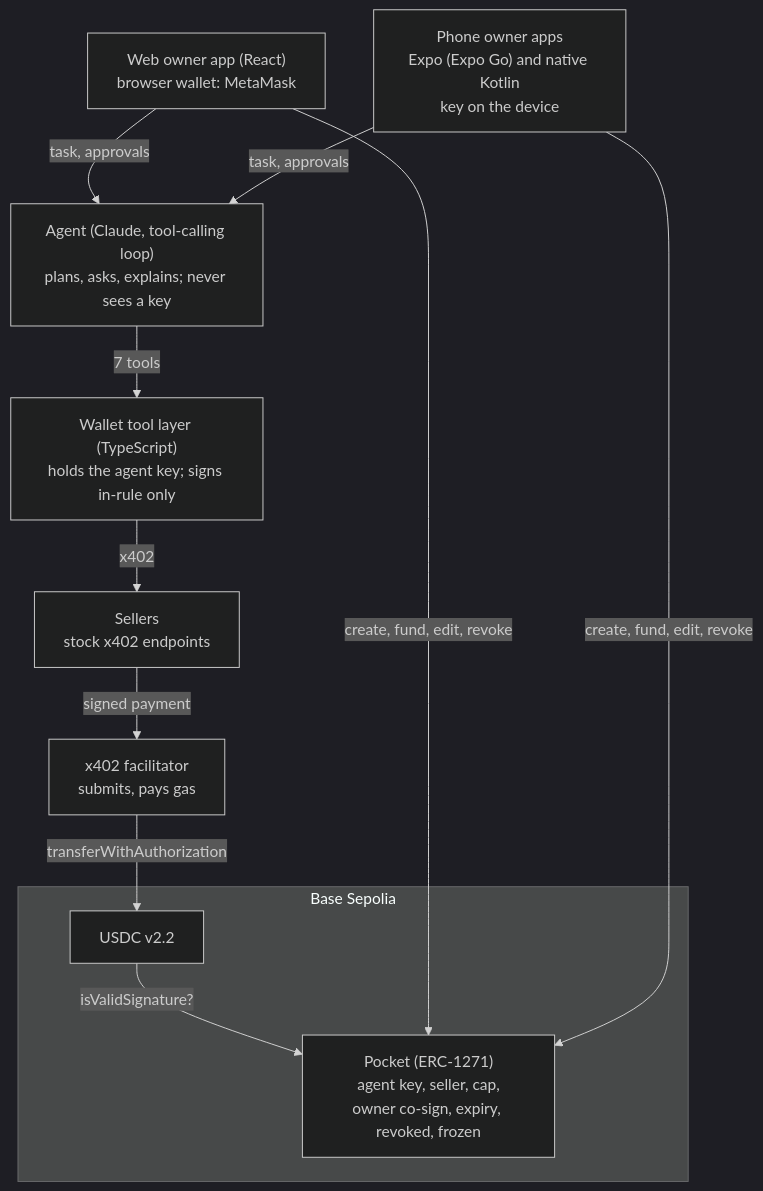
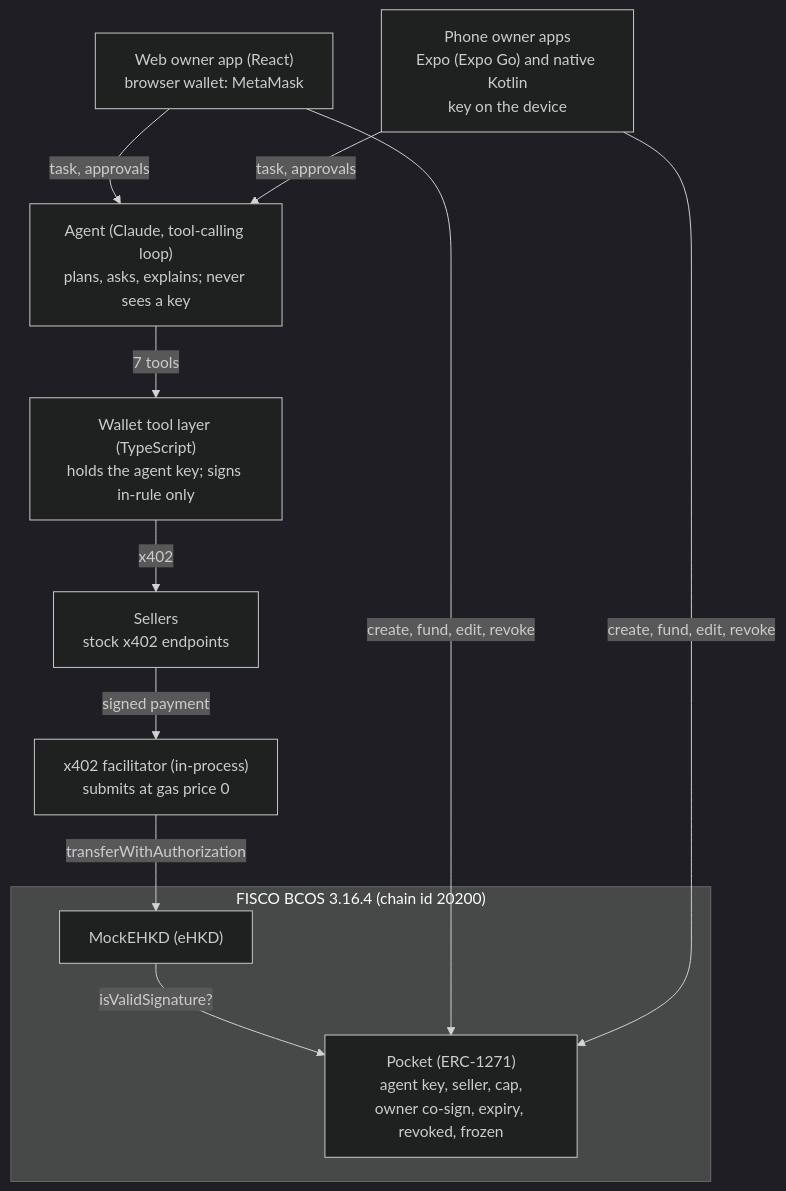
One commit to ixgnoy/ChainBrain changed the diagram in docs/technical-document.md. Above: the diagram before and after it, drawn with Mermaid (dark theme). The commit also changed other lines of this file and 50 other files, not shown here.

Commit message:
docs: FISCO BCOS + Mock e-HKD only; explorer labels and comments no longer mention Base

````diff
--- a/docs/technical-document.md
+++ b/docs/technical-document.md
@@ -9,22 +9,22 @@
 ```mermaid
 flowchart TB
     Web["Web owner app (React)<br/>browser wallet: MetaMask"]
     Phone["Phone owner apps<br/>Expo (Expo Go) and native Kotlin<br/>key on the device"]
     Agent["Agent (Claude, tool-calling loop)<br/>plans, asks, explains; never sees a key"]
     Tool["Wallet tool layer (TypeScript)<br/>holds the agent key; signs in-rule only"]
     Sellers["Sellers<br/>stock x402 endpoints"]
-    Fac["x402 facilitator<br/>submits, pays gas"]
-    subgraph Chain["Base Sepolia"]
+    Fac["x402 facilitator (in-process)<br/>submits at gas price 0"]
+    subgraph Chain["FISCO BCOS 3.16.4 (chain id 20200)"]
         Pocket["Pocket (ERC-1271)<br/>agent key, seller, cap,<br/>owner co-sign, expiry, revoked, frozen"]
-        USDC["USDC v2.2"]
+        EHKD["MockEHKD (eHKD)"]
     end
     Web -- "task, approvals" --> Agent
     Phone -- "task, approvals" --> Agent
     Agent -- "7 tools" --> Tool
     Tool -- "x402" --> Sellers
     Sellers -- "signed payment" --> Fac
-    Fac -- "transferWithAuthorization" --> USDC
-    USDC -- "isValidSignature?" --> Pocket
+    Fac -- "transferWithAuthorization" --> EHKD
+    EHKD -- "isValidSignature?" --> Pocket
     Web -- "create, fund, edit, revoke" --> Pocket
     Phone -- "create, fund, edit, revoke" --> Pocket
 ```
````
